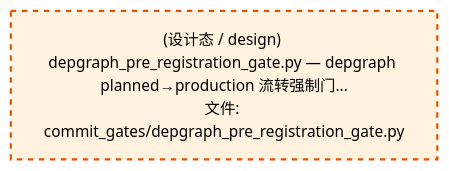
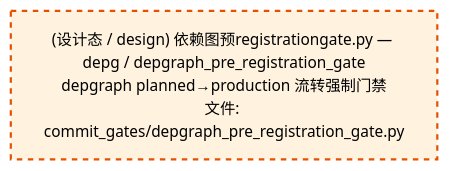
The third of 4 diagrams in docs/02_enterprise_architecture/02_domain_architecture_docs/53_d_gov_enforcement.md (xuanFelixVan/ZephyrAlpha), drawn with Mermaid before and after one commit. The commit also changed other lines of this file and 60 other files, not shown here.

````diff
--- a/docs/02_enterprise_architecture/02_domain_architecture_docs/53_d_gov_enforcement.md
+++ b/docs/02_enterprise_architecture/02_domain_architecture_docs/53_d_gov_enforcement.md
@@ -342,10 +342,10 @@
 ```mermaid
 %%{init: {'theme': 'base', 'themeVariables': {'primaryColor': '#eaeaea', 'primaryTextColor': '#333333', 'primaryBorderColor': '#666666', 'lineColor': '#666666', 'secondaryColor': '#eaeaea', 'tertiaryColor': '#eaeaea', 'fontSize': '14px'}}}%%
 flowchart TD
-    src_zephyr_gov_enforcement_commit_gates_depgraph_pre_registration_gate_py["(设计态 / design) depgraph_pre_registration_gate.py — depgraph planned→production 流转强制门...<br/>文件: commit_gates/depgraph_pre_registration_gate.py"]
+    src_zephyr_gov_enforcement_commit_gates_depgraph_pre_registration_gate_py["(设计态 / design) 依赖图预registrationgate.py — depg / depgraph_pre_registration_gate<br/>depgraph planned→production 流转强制门禁<br/>文件: commit_gates/depgraph_pre_registration_gate.py"]
     classDef production fill:#e1f5fe,stroke:#01579b,stroke-width:2px,color:#000
     classDef design fill:#fff3e0,stroke:#e65100,stroke-width:2px,color:#000,stroke-dasharray: 5 5
     classDef external_prod fill:#e8f4fd,stroke:#0277bd,stroke-width:1px,color:#000
     classDef external_design fill:#fff8e7,stroke:#ef6c00,stroke-width:1px,color:#000,stroke-dasharray: 5 5
     class src_zephyr_gov_enforcement_commit_gates_depgraph_pre_registration_gate_py design
 ```
````
